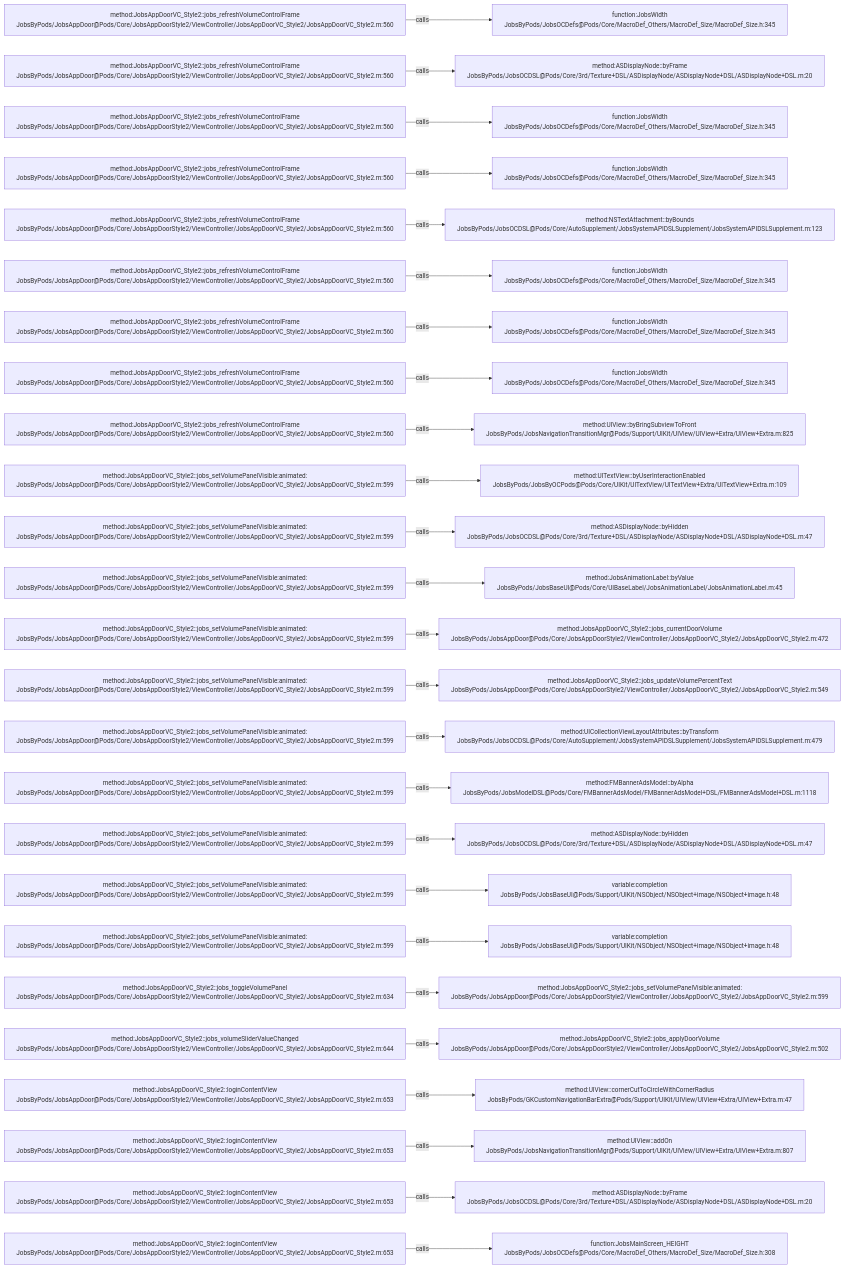
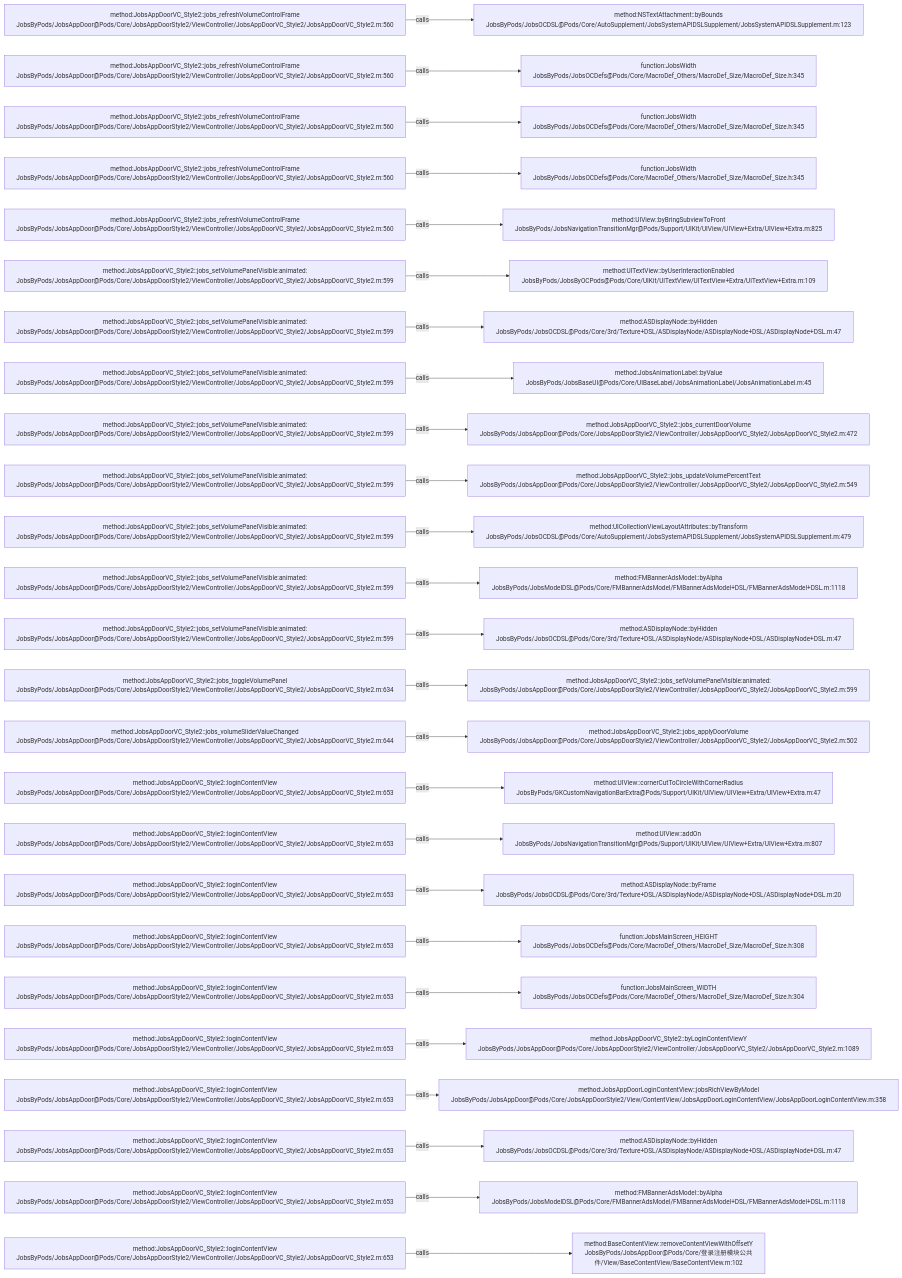
One commit to JobsKits/JobsOCBaseConfigDemo changed the diagram in .codegraph/codegraph.md/graphs/calls-140.md. Above: the diagram before and after it, drawn with Mermaid. The commit also changed 116 other files, not shown here.

````diff
--- a/.codegraph/codegraph.md/graphs/calls-140.md
+++ b/.codegraph/codegraph.md/graphs/calls-140.md
@@ -13,78 +13,78 @@
 ```mermaid
 flowchart LR
   S1["method:JobsAppDoorVC_Style2::jobs_refreshVolumeControlFrame<br/>JobsByPods/JobsAppDoor@Pods/Core/JobsAppDoorStyle2/ViewController/JobsAppDoorVC_Style2/JobsAppDoorVC_Style2.m:560"]
-  T1["function:JobsWidth<br/>JobsByPods/JobsOCDefs@Pods/Core/MacroDef_Others/MacroDef_Size/MacroDef_Size.h:345"]
+  T1["method:NSTextAttachment::byBounds<br/>JobsByPods/JobsOCDSL@Pods/Core/AutoSupplement/JobsSystemAPIDSLSupplement/JobsSystemAPIDSLSupplement.m:123"]
   S1 -->|calls| T1
   S2["method:JobsAppDoorVC_Style2::jobs_refreshVolumeControlFrame<br/>JobsByPods/JobsAppDoor@Pods/Core/JobsAppDoorStyle2/ViewController/JobsAppDoorVC_Style2/JobsAppDoorVC_Style2.m:560"]
-  T2["method:ASDisplayNode::byFrame<br/>JobsByPods/JobsOCDSL@Pods/Core/3rd/Texture+DSL/ASDisplayNode/ASDisplayNode+DSL/ASDisplayNode+DSL.m:20"]
+  T2["function:JobsWidth<br/>JobsByPods/JobsOCDefs@Pods/Core/MacroDef_Others/MacroDef_Size/MacroDef_Size.h:345"]
   S2 -->|calls| T2
   S3["method:JobsAppDoorVC_Style2::jobs_refreshVolumeControlFrame<br/>JobsByPods/JobsAppDoor@Pods/Core/JobsAppDoorStyle2/ViewController/JobsAppDoorVC_Style2/JobsAppDoorVC_Style2.m:560"]
   T3["function:JobsWidth<br/>JobsByPods/JobsOCDefs@Pods/Core/MacroDef_Others/MacroDef_Size/MacroDef_Size.h:345"]
   S3 -->|calls| T3
   S4["method:JobsAppDoorVC_Style2::jobs_refreshVolumeControlFrame<br/>JobsByPods/JobsAppDoor@Pods/Core/JobsAppDoorStyle2/ViewController/JobsAppDoorVC_Style2/JobsAppDoorVC_Style2.m:560"]
   T4["function:JobsWidth<br/>JobsByPods/JobsOCDefs@Pods/Core/MacroDef_Others/MacroDef_Size/MacroDef_Size.h:345"]
   S4 -->|calls| T4
   S5["method:JobsAppDoorVC_Style2::jobs_refreshVolumeControlFrame<br/>JobsByPods/JobsAppDoor@Pods/Core/JobsAppDoorStyle2/ViewController/JobsAppDoorVC_Style2/JobsAppDoorVC_Style2.m:560"]
-  T5["method:NSTextAttachment::byBounds<br/>JobsByPods/JobsOCDSL@Pods/Core/AutoSupplement/JobsSystemAPIDSLSupplement/JobsSystemAPIDSLSupplement.m:123"]
+  T5["method:UIView::byBringSubviewToFront<br/>JobsByPods/JobsNavigationTransitionMgr@Pods/Support/UIKit/UIView/UIView+Extra/UIView+Extra.m:825"]
   S5 -->|calls| T5
-  S6["method:JobsAppDoorVC_Style2::jobs_refreshVolumeControlFrame<br/>JobsByPods/JobsAppDoor@Pods/Core/JobsAppDoorStyle2/ViewController/JobsAppDoorVC_Style2/JobsAppDoorVC_Style2.m:560"]
-  T6["function:JobsWidth<br/>JobsByPods/JobsOCDefs@Pods/Core/MacroDef_Others/MacroDef_Size/MacroDef_Size.h:345"]
+  S6["method:JobsAppDoorVC_Style2::jobs_setVolumePanelVisible:animated:<br/>JobsByPods/JobsAppDoor@Pods/Core/JobsAppDoorStyle2/ViewController/JobsAppDoorVC_Style2/JobsAppDoorVC_Style2.m:599"]
+  T6["method:UITextView::byUserInteractionEnabled<br/>JobsByPods/JobsByOCPods@Pods/Core/UIKit/UITextView/UITextView+Extra/UITextView+Extra.m:109"]
   S6 -->|calls| T6
-  S7["method:JobsAppDoorVC_Style2::jobs_refreshVolumeControlFrame<br/>JobsByPods/JobsAppDoor@Pods/Core/JobsAppDoorStyle2/ViewController/JobsAppDoorVC_Style2/JobsAppDoorVC_Style2.m:560"]
-  T7["function:JobsWidth<br/>JobsByPods/JobsOCDefs@Pods/Core/MacroDef_Others/MacroDef_Size/MacroDef_Size.h:345"]
+  S7["method:JobsAppDoorVC_Style2::jobs_setVolumePanelVisible:animated:<br/>JobsByPods/JobsAppDoor@Pods/Core/JobsAppDoorStyle2/ViewController/JobsAppDoorVC_Style2/JobsAppDoorVC_Style2.m:599"]
+  T7["method:ASDisplayNode::byHidden<br/>JobsByPods/JobsOCDSL@Pods/Core/3rd/Texture+DSL/ASDisplayNode/ASDisplayNode+DSL/ASDisplayNode+DSL.m:47"]
   S7 -->|calls| T7
-  S8["method:JobsAppDoorVC_Style2::jobs_refreshVolumeControlFrame<br/>JobsByPods/JobsAppDoor@Pods/Core/JobsAppDoorStyle2/ViewController/JobsAppDoorVC_Style2/JobsAppDoorVC_Style2.m:560"]
-  T8["function:JobsWidth<br/>JobsByPods/JobsOCDefs@Pods/Core/MacroDef_Others/MacroDef_Size/MacroDef_Size.h:345"]
+  S8["method:JobsAppDoorVC_Style2::jobs_setVolumePanelVisible:animated:<br/>JobsByPods/JobsAppDoor@Pods/Core/JobsAppDoorStyle2/ViewController/JobsAppDoorVC_Style2/JobsAppDoorVC_Style2.m:599"]
+  T8["method:JobsAnimationLabel::byValue<br/>JobsByPods/JobsBaseUI@Pods/Core/UIBaseLabel/JobsAnimationLabel/JobsAnimationLabel.m:45"]
   S8 -->|calls| T8
-  S9["method:JobsAppDoorVC_Style2::jobs_refreshVolumeControlFrame<br/>JobsByPods/JobsAppDoor@Pods/Core/JobsAppDoorStyle2/ViewController/JobsAppDoorVC_Style2/JobsAppDoorVC_Style2.m:560"]
-  T9["method:UIView::byBringSubviewToFront<br/>JobsByPods/JobsNavigationTransitionMgr@Pods/Support/UIKit/UIView/UIView+Extra/UIView+Extra.m:825"]
+  S9["method:JobsAppDoorVC_Style2::jobs_setVolumePanelVisible:animated:<br/>JobsByPods/JobsAppDoor@Pods/Core/JobsAppDoorStyle2/ViewController/JobsAppDoorVC_Style2/JobsAppDoorVC_Style2.m:599"]
+  T9["method:JobsAppDoorVC_Style2::jobs_currentDoorVolume<br/>JobsByPods/JobsAppDoor@Pods/Core/JobsAppDoorStyle2/ViewController/JobsAppDoorVC_Style2/JobsAppDoorVC_Style2.m:472"]
   S9 -->|calls| T9
   S10["method:JobsAppDoorVC_Style2::jobs_setVolumePanelVisible:animated:<br/>JobsByPods/JobsAppDoor@Pods/Core/JobsAppDoorStyle2/ViewController/JobsAppDoorVC_Style2/JobsAppDoorVC_Style2.m:599"]
-  T10["method:UITextView::byUserInteractionEnabled<br/>JobsByPods/JobsByOCPods@Pods/Core/UIKit/UITextView/UITextView+Extra/UITextView+Extra.m:109"]
+  T10["method:JobsAppDoorVC_Style2::jobs_updateVolumePercentText<br/>JobsByPods/JobsAppDoor@Pods/Core/JobsAppDoorStyle2/ViewController/JobsAppDoorVC_Style2/JobsAppDoorVC_Style2.m:549"]
   S10 -->|calls| T10
   S11["method:JobsAppDoorVC_Style2::jobs_setVolumePanelVisible:animated:<br/>JobsByPods/JobsAppDoor@Pods/Core/JobsAppDoorStyle2/ViewController/JobsAppDoorVC_Style2/JobsAppDoorVC_Style2.m:599"]
-  T11["method:ASDisplayNode::byHidden<br/>JobsByPods/JobsOCDSL@Pods/Core/3rd/Texture+DSL/ASDisplayNode/ASDisplayNode+DSL/ASDisplayNode+DSL.m:47"]
+  T11["method:UICollectionViewLayoutAttributes::byTransform<br/>JobsByPods/JobsOCDSL@Pods/Core/AutoSupplement/JobsSystemAPIDSLSupplement/JobsSystemAPIDSLSupplement.m:479"]
   S11 -->|calls| T11
   S12["method:JobsAppDoorVC_Style2::jobs_setVolumePanelVisible:animated:<br/>JobsByPods/JobsAppDoor@Pods/Core/JobsAppDoorStyle2/ViewController/JobsAppDoorVC_Style2/JobsAppDoorVC_Style2.m:599"]
-  T12["method:JobsAnimationLabel::byValue<br/>JobsByPods/JobsBaseUI@Pods/Core/UIBaseLabel/JobsAnimationLabel/JobsAnimationLabel.m:45"]
+  T12["method:FMBannerAdsModel::byAlpha<br/>JobsByPods/JobsModelDSL@Pods/Core/FMBannerAdsModel/FMBannerAdsModel+DSL/FMBannerAdsModel+DSL.m:1118"]
   S12 -->|calls| T12
   S13["method:JobsAppDoorVC_Style2::jobs_setVolumePanelVisible:animated:<br/>JobsByPods/JobsAppDoor@Pods/Core/JobsAppDoorStyle2/ViewController/JobsAppDoorVC_Style2/JobsAppDoorVC_Style2.m:599"]
-  T13["method:JobsAppDoorVC_Style2::jobs_currentDoorVolume<br/>JobsByPods/JobsAppDoor@Pods/Core/JobsAppDoorStyle2/ViewController/JobsAppDoorVC_Style2/JobsAppDoorVC_Style2.m:472"]
+  T13["method:ASDisplayNode::byHidden<br/>JobsByPods/JobsOCDSL@Pods/Core/3rd/Texture+DSL/ASDisplayNode/ASDisplayNode+DSL/ASDisplayNode+DSL.m:47"]
   S13 -->|calls| T13
-  S14["method:JobsAppDoorVC_Style2::jobs_setVolumePanelVisible:animated:<br/>JobsByPods/JobsAppDoor@Pods/Core/JobsAppDoorStyle2/ViewController/JobsAppDoorVC_Style2/JobsAppDoorVC_Style2.m:599"]
-  T14["method:JobsAppDoorVC_Style2::jobs_updateVolumePercentText<br/>JobsByPods/JobsAppDoor@Pods/Core/JobsAppDoorStyle2/ViewController/JobsAppDoorVC_Style2/JobsAppDoorVC_Style2.m:549"]
+  S14["method:JobsAppDoorVC_Style2::jobs_toggleVolumePanel<br/>JobsByPods/JobsAppDoor@Pods/Core/JobsAppDoorStyle2/ViewController/JobsAppDoorVC_Style2/JobsAppDoorVC_Style2.m:634"]
+  T14["method:JobsAppDoorVC_Style2::jobs_setVolumePanelVisible:animated:<br/>JobsByPods/JobsAppDoor@Pods/Core/JobsAppDoorStyle2/ViewController/JobsAppDoorVC_Style2/JobsAppDoorVC_Style2.m:599"]
   S14 -->|calls| T14
-  S15["method:JobsAppDoorVC_Style2::jobs_setVolumePanelVisible:animated:<br/>JobsByPods/JobsAppDoor@Pods/Core/JobsAppDoorStyle2/ViewController/JobsAppDoorVC_Style2/JobsAppDoorVC_Style2.m:599"]
-  T15["method:UICollectionViewLayoutAttributes::byTransform<br/>JobsByPods/JobsOCDSL@Pods/Core/AutoSupplement/JobsSystemAPIDSLSupplement/JobsSystemAPIDSLSupplement.m:479"]
+  S15["method:JobsAppDoorVC_Style2::jobs_volumeSliderValueChanged<br/>JobsByPods/JobsAppDoor@Pods/Core/JobsAppDoorStyle2/ViewController/JobsAppDoorVC_Style2/JobsAppDoorVC_Style2.m:644"]
+  T15["method:JobsAppDoorVC_Style2::jobs_applyDoorVolume<br/>JobsByPods/JobsAppDoor@Pods/Core/JobsAppDoorStyle2/ViewController/JobsAppDoorVC_Style2/JobsAppDoorVC_Style2.m:502"]
   S15 -->|calls| T15
-  S16["method:JobsAppDoorVC_Style2::jobs_setVolumePanelVisible:animated:<br/>JobsByPods/JobsAppDoor@Pods/Core/JobsAppDoorStyle2/ViewController/JobsAppDoorVC_Style2/JobsAppDoorVC_Style2.m:599"]
-  T16["method:FMBannerAdsModel::byAlpha<br/>JobsByPods/JobsModelDSL@Pods/Core/FMBannerAdsModel/FMBannerAdsModel+DSL/FMBannerAdsModel+DSL.m:1118"]
+  S16["method:JobsAppDoorVC_Style2::loginContentView<br/>JobsByPods/JobsAppDoor@Pods/Core/JobsAppDoorStyle2/ViewController/JobsAppDoorVC_Style2/JobsAppDoorVC_Style2.m:653"]
+  T16["method:UIView::cornerCutToCircleWithCornerRadius<br/>JobsByPods/GKCustomNavigationBarExtra@Pods/Support/UIKit/UIView/UIView+Extra/UIView+Extra.m:47"]
   S16 -->|calls| T16
-  S17["method:JobsAppDoorVC_Style2::jobs_setVolumePanelVisible:animated:<br/>JobsByPods/JobsAppDoor@Pods/Core/JobsAppDoorStyle2/ViewController/JobsAppDoorVC_Style2/JobsAppDoorVC_Style2.m:599"]
-  T17["method:ASDisplayNode::byHidden<br/>JobsByPods/JobsOCDSL@Pods/Core/3rd/Texture+DSL/ASDisplayNode/ASDisplayNode+DSL/ASDisplayNode+DSL.m:47"]
+  S17["method:JobsAppDoorVC_Style2::loginContentView<br/>JobsByPods/JobsAppDoor@Pods/Core/JobsAppDoorStyle2/ViewController/JobsAppDoorVC_Style2/JobsAppDoorVC_Style2.m:653"]
+  T17["method:UIView::addOn<br/>JobsByPods/JobsNavigationTransitionMgr@Pods/Support/UIKit/UIView/UIView+Extra/UIView+Extra.m:807"]
   S17 -->|calls| T17
-  S18["method:JobsAppDoorVC_Style2::jobs_setVolumePanelVisible:animated:<br/>JobsByPods/JobsAppDoor@Pods/Core/JobsAppDoorStyle2/ViewController/JobsAppDoorVC_Style2/JobsAppDoorVC_Style2.m:599"]
-  T18["variable:completion<br/>JobsByPods/JobsBaseUI@Pods/Support/UIKit/NSObject/NSObject+image/NSObject+image.h:48"]
+  S18["method:JobsAppDoorVC_Style2::loginContentView<br/>JobsByPods/JobsAppDoor@Pods/Core/JobsAppDoorStyle2/ViewController/JobsAppDoorVC_Style2/JobsAppDoorVC_Style2.m:653"]
+  T18["method:ASDisplayNode::byFrame<br/>JobsByPods/JobsOCDSL@Pods/Core/3rd/Texture+DSL/ASDisplayNode/ASDisplayNode+DSL/ASDisplayNode+DSL.m:20"]
   S18 -->|calls| T18
-  S19["method:JobsAppDoorVC_Style2::jobs_setVolumePanelVisible:animated:<br/>JobsByPods/JobsAppDoor@Pods/Core/JobsAppDoorStyle2/ViewController/JobsAppDoorVC_Style2/JobsAppDoorVC_Style2.m:599"]
-  T19["variable:completion<br/>JobsByPods/JobsBaseUI@Pods/Support/UIKit/NSObject/NSObject+image/NSObject+image.h:48"]
+  S19["method:JobsAppDoorVC_Style2::loginContentView<br/>JobsByPods/JobsAppDoor@Pods/Core/JobsAppDoorStyle2/ViewController/JobsAppDoorVC_Style2/JobsAppDoorVC_Style2.m:653"]
+  T19["function:JobsMainScreen_HEIGHT<br/>JobsByPods/JobsOCDefs@Pods/Core/MacroDef_Others/MacroDef_Size/MacroDef_Size.h:308"]
   S19 -->|calls| T19
-  S20["method:JobsAppDoorVC_Style2::jobs_toggleVolumePanel<br/>JobsByPods/JobsAppDoor@Pods/Core/JobsAppDoorStyle2/ViewController/JobsAppDoorVC_Style2/JobsAppDoorVC_Style2.m:634"]
-  T20["method:JobsAppDoorVC_Style2::jobs_setVolumePanelVisible:animated:<br/>JobsByPods/JobsAppDoor@Pods/Core/JobsAppDoorStyle2/ViewController/JobsAppDoorVC_Style2/JobsAppDoorVC_Style2.m:599"]
+  S20["method:JobsAppDoorVC_Style2::loginContentView<br/>JobsByPods/JobsAppDoor@Pods/Core/JobsAppDoorStyle2/ViewController/JobsAppDoorVC_Style2/JobsAppDoorVC_Style2.m:653"]
+  T20["function:JobsMainScreen_WIDTH<br/>JobsByPods/JobsOCDefs@Pods/Core/MacroDef_Others/MacroDef_Size/MacroDef_Size.h:304"]
   S20 -->|calls| T20
-  S21["method:JobsAppDoorVC_Style2::jobs_volumeSliderValueChanged<br/>JobsByPods/JobsAppDoor@Pods/Core/JobsAppDoorStyle2/ViewController/JobsAppDoorVC_Style2/JobsAppDoorVC_Style2.m:644"]
-  T21["method:JobsAppDoorVC_Style2::jobs_applyDoorVolume<br/>JobsByPods/JobsAppDoor@Pods/Core/JobsAppDoorStyle2/ViewController/JobsAppDoorVC_Style2/JobsAppDoorVC_Style2.m:502"]
+  S21["method:JobsAppDoorVC_Style2::loginContentView<br/>JobsByPods/JobsAppDoor@Pods/Core/JobsAppDoorStyle2/ViewController/JobsAppDoorVC_Style2/JobsAppDoorVC_Style2.m:653"]
+  T21["method:JobsAppDoorVC_Style2::byLoginContentViewY<br/>JobsByPods/JobsAppDoor@Pods/Core/JobsAppDoorStyle2/ViewController/JobsAppDoorVC_Style2/JobsAppDoorVC_Style2.m:1089"]
   S21 -->|calls| T21
   S22["method:JobsAppDoorVC_Style2::loginContentView<br/>JobsByPods/JobsAppDoor@Pods/Core/JobsAppDoorStyle2/ViewController/JobsAppDoorVC_Style2/JobsAppDoorVC_Style2.m:653"]
-  T22["method:UIView::cornerCutToCircleWithCornerRadius<br/>JobsByPods/GKCustomNavigationBarExtra@Pods/Support/UIKit/UIView/UIView+Extra/UIView+Extra.m:47"]
+  T22["method:JobsAppDoorLoginContentView::jobsRichViewByModel<br/>JobsByPods/JobsAppDoor@Pods/Core/JobsAppDoorStyle2/View/ContentView/JobsAppDoorLoginContentView/JobsAppDoorLoginContentView.m:358"]
   S22 -->|calls| T22
   S23["method:JobsAppDoorVC_Style2::loginContentView<br/>JobsByPods/JobsAppDoor@Pods/Core/JobsAppDoorStyle2/ViewController/JobsAppDoorVC_Style2/JobsAppDoorVC_Style2.m:653"]
-  T23["method:UIView::addOn<br/>JobsByPods/JobsNavigationTransitionMgr@Pods/Support/UIKit/UIView/UIView+Extra/UIView+Extra.m:807"]
+  T23["method:ASDisplayNode::byHidden<br/>JobsByPods/JobsOCDSL@Pods/Core/3rd/Texture+DSL/ASDisplayNode/ASDisplayNode+DSL/ASDisplayNode+DSL.m:47"]
   S23 -->|calls| T23
   S24["method:JobsAppDoorVC_Style2::loginContentView<br/>JobsByPods/JobsAppDoor@Pods/Core/JobsAppDoorStyle2/ViewController/JobsAppDoorVC_Style2/JobsAppDoorVC_Style2.m:653"]
-  T24["method:ASDisplayNode::byFrame<br/>JobsByPods/JobsOCDSL@Pods/Core/3rd/Texture+DSL/ASDisplayNode/ASDisplayNode+DSL/ASDisplayNode+DSL.m:20"]
+  T24["method:FMBannerAdsModel::byAlpha<br/>JobsByPods/JobsModelDSL@Pods/Core/FMBannerAdsModel/FMBannerAdsModel+DSL/FMBannerAdsModel+DSL.m:1118"]
   S24 -->|calls| T24
   S25["method:JobsAppDoorVC_Style2::loginContentView<br/>JobsByPods/JobsAppDoor@Pods/Core/JobsAppDoorStyle2/ViewController/JobsAppDoorVC_Style2/JobsAppDoorVC_Style2.m:653"]
-  T25["function:JobsMainScreen_HEIGHT<br/>JobsByPods/JobsOCDefs@Pods/Core/MacroDef_Others/MacroDef_Size/MacroDef_Size.h:308"]
+  T25["method:BaseContentView::removeContentViewWithOffsetY<br/>JobsByPods/JobsAppDoor@Pods/Core/登录注册模块公共件/View/BaseContentView/BaseContentView.m:102"]
   S25 -->|calls| T25
 ```
````
